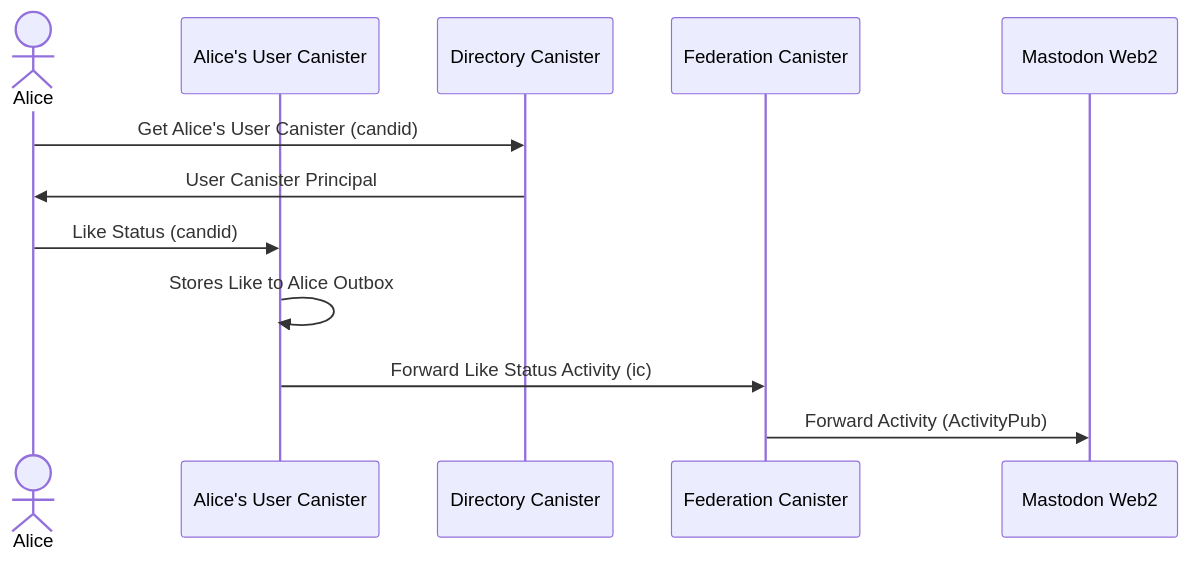
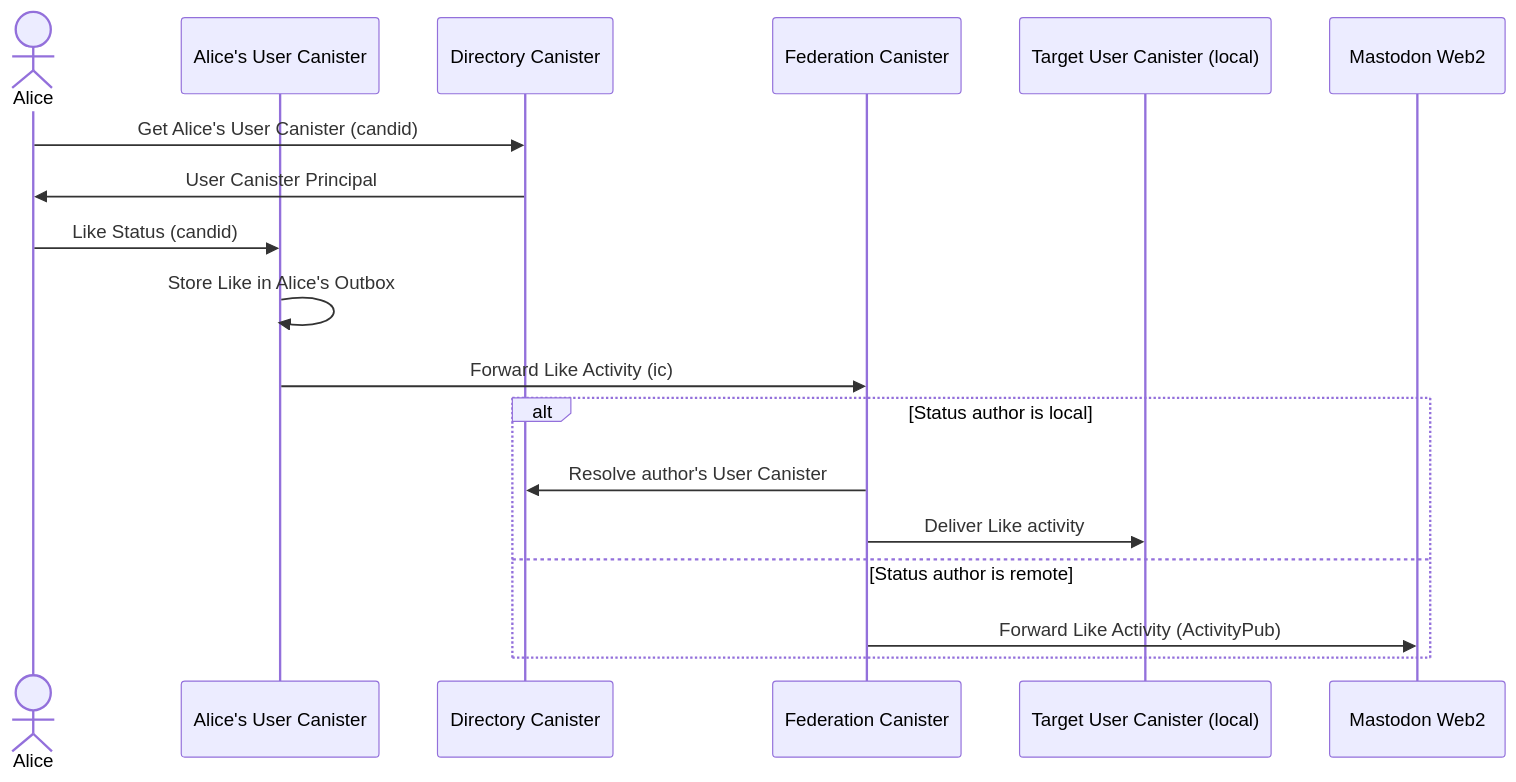
Diagram 11 of 15 in docs/architecture/README.md (veeso/mastic), drawn with Mermaid before and after one commit. The commit also changed other lines of this file and 5 other files, not shown here.

Commit message:
docs: updated documentation of arch and activity pub

````diff
--- a/docs/architecture/README.md
+++ b/docs/architecture/README.md
@@ -157,15 +260,21 @@
 ```mermaid
 sequenceDiagram
     actor A as Alice
     participant UC as Alice's User Canister
     participant DIR as Directory Canister
     participant FED as Federation Canister
+    participant TUC as Target User Canister (local)
     participant M as Mastodon Web2
 
     A->>DIR: Get Alice's User Canister (candid)
     DIR->>A: User Canister Principal
     A->>UC: Like Status (candid)
-    UC->>UC: Stores Like to Alice Outbox
-    UC->>FED: Forward Like Status Activity (ic)
-    FED->>M: Forward Activity (ActivityPub)
+    UC->>UC: Store Like in Alice's Outbox
+    UC->>FED: Forward Like Activity (ic)
+    alt Status author is local
+        FED->>DIR: Resolve author's User Canister
+        FED->>TUC: Deliver Like activity
+    else Status author is remote
+        FED->>M: Forward Like Activity (ActivityPub)
+    end
 ```
````
